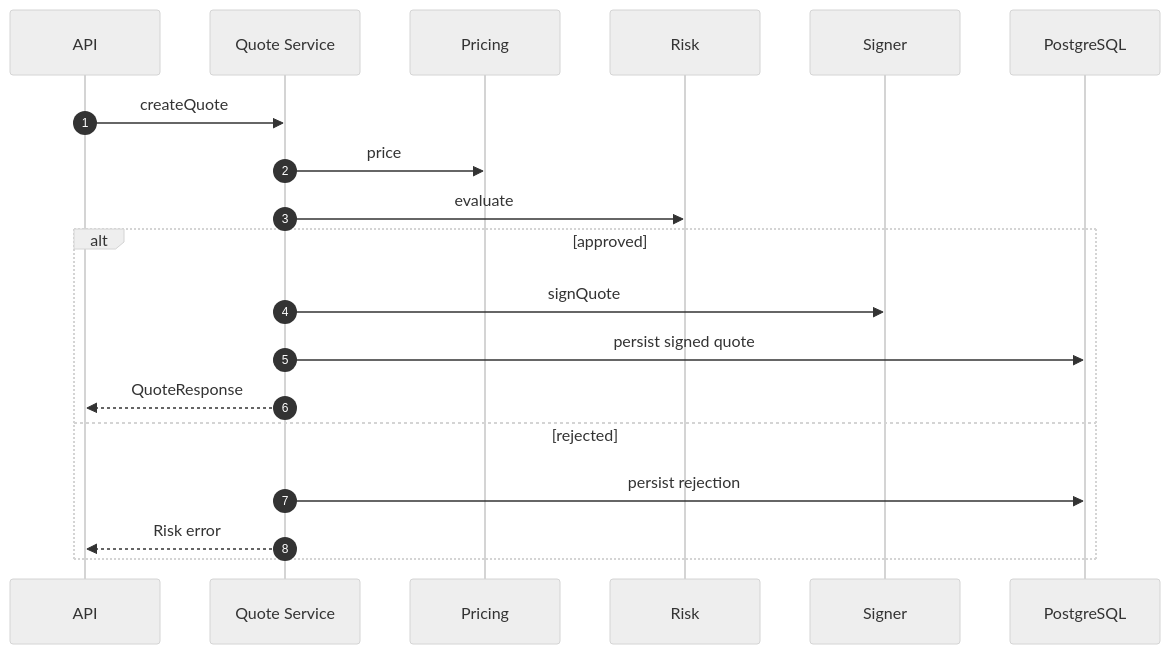
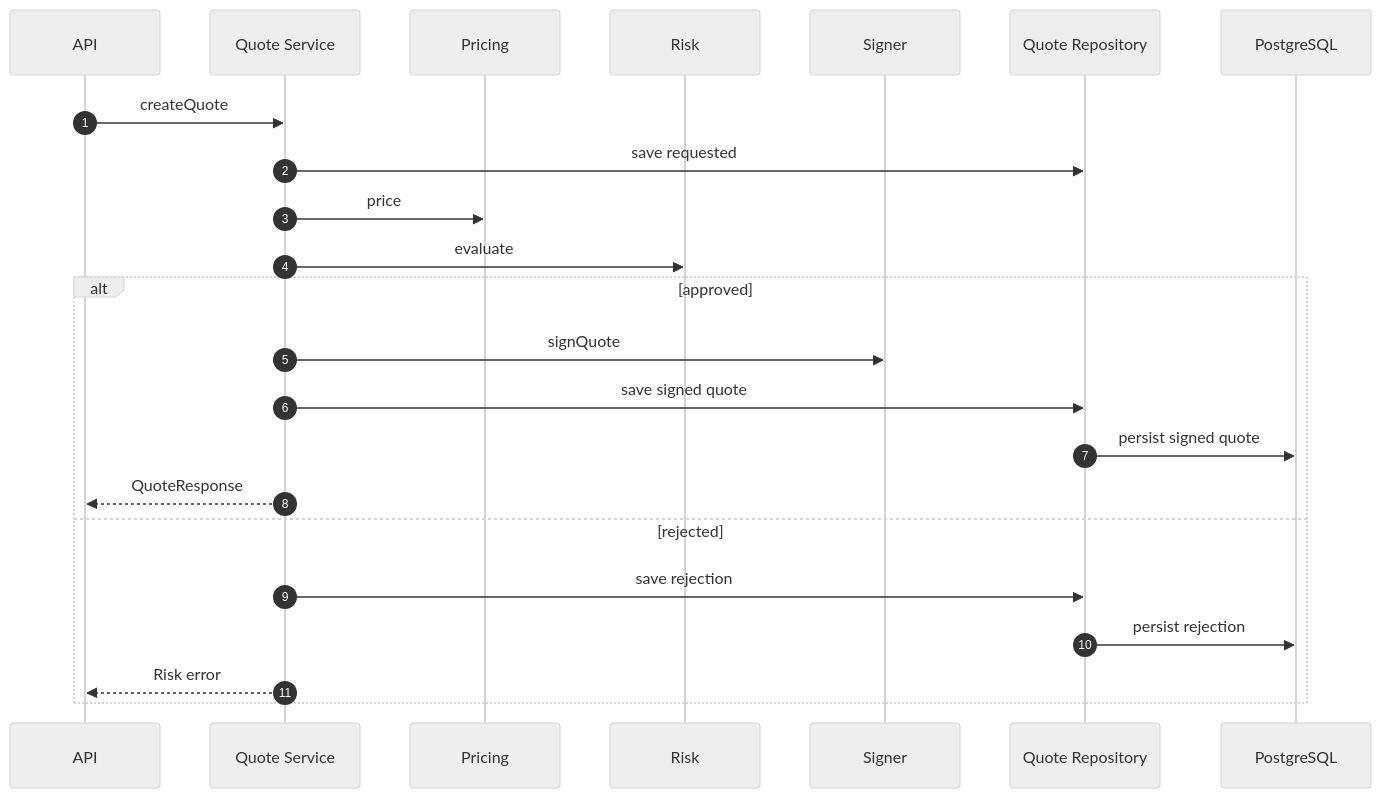
The second of 3 diagrams in book/Volume5-BackendEngineering/Chapter02-Quote-Service.md (alvis-ai/production-grade-web3-rfq-market-maker), drawn with Mermaid (neutral theme) before and after one commit. The commit also changed other lines of this file and 4 other files, not shown here.

Commit message:
feat: add quote repository boundary

````diff
--- a/book/Volume5-BackendEngineering/Chapter02-Quote-Service.md
+++ b/book/Volume5-BackendEngineering/Chapter02-Quote-Service.md
@@ -74,22 +74,26 @@
 ```mermaid
 sequenceDiagram
   autonumber
   participant API
   participant Q as Quote Service
   participant P as Pricing
   participant R as Risk
   participant S as Signer
+  participant Repo as Quote Repository
   participant DB as PostgreSQL
 
   API->>Q: createQuote
+  Q->>Repo: save requested
   Q->>P: price
   Q->>R: evaluate
   alt approved
     Q->>S: signQuote
-    Q->>DB: persist signed quote
+    Q->>Repo: save signed quote
+    Repo->>DB: persist signed quote
     Q-->>API: QuoteResponse
   else rejected
-    Q->>DB: persist rejection
+    Q->>Repo: save rejection
+    Repo->>DB: persist rejection
     Q-->>API: Risk error
   end
 ```
````
